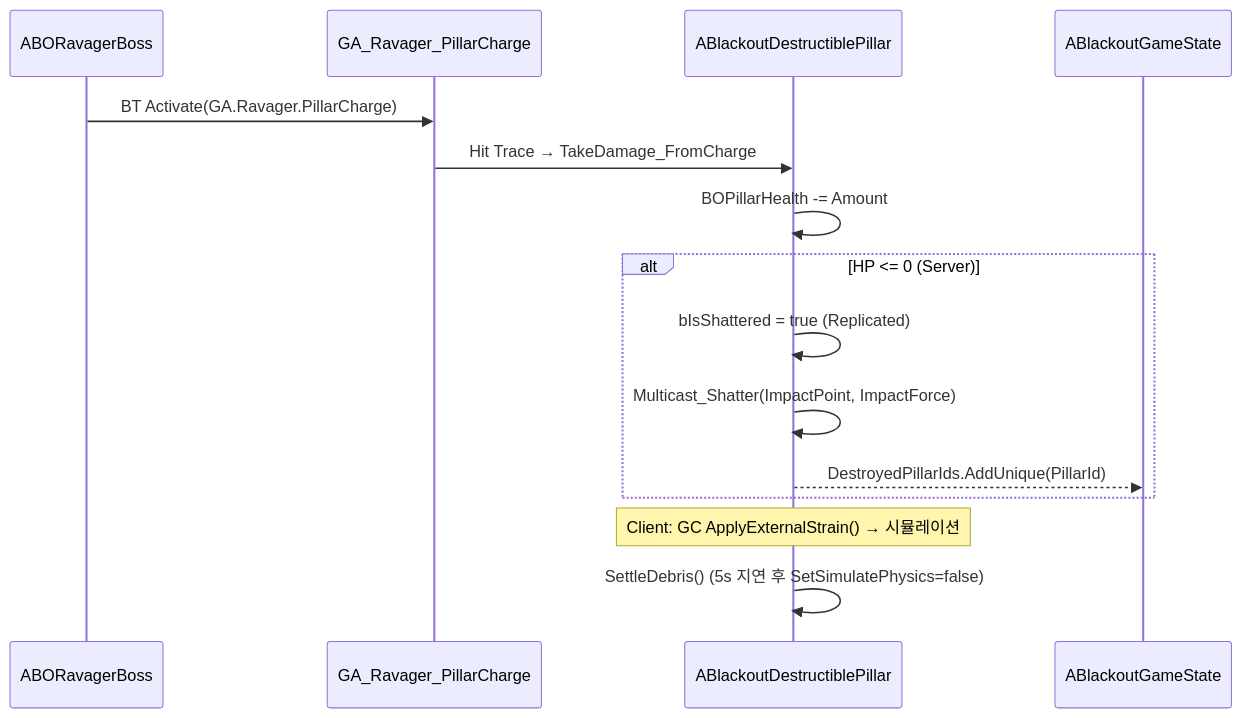
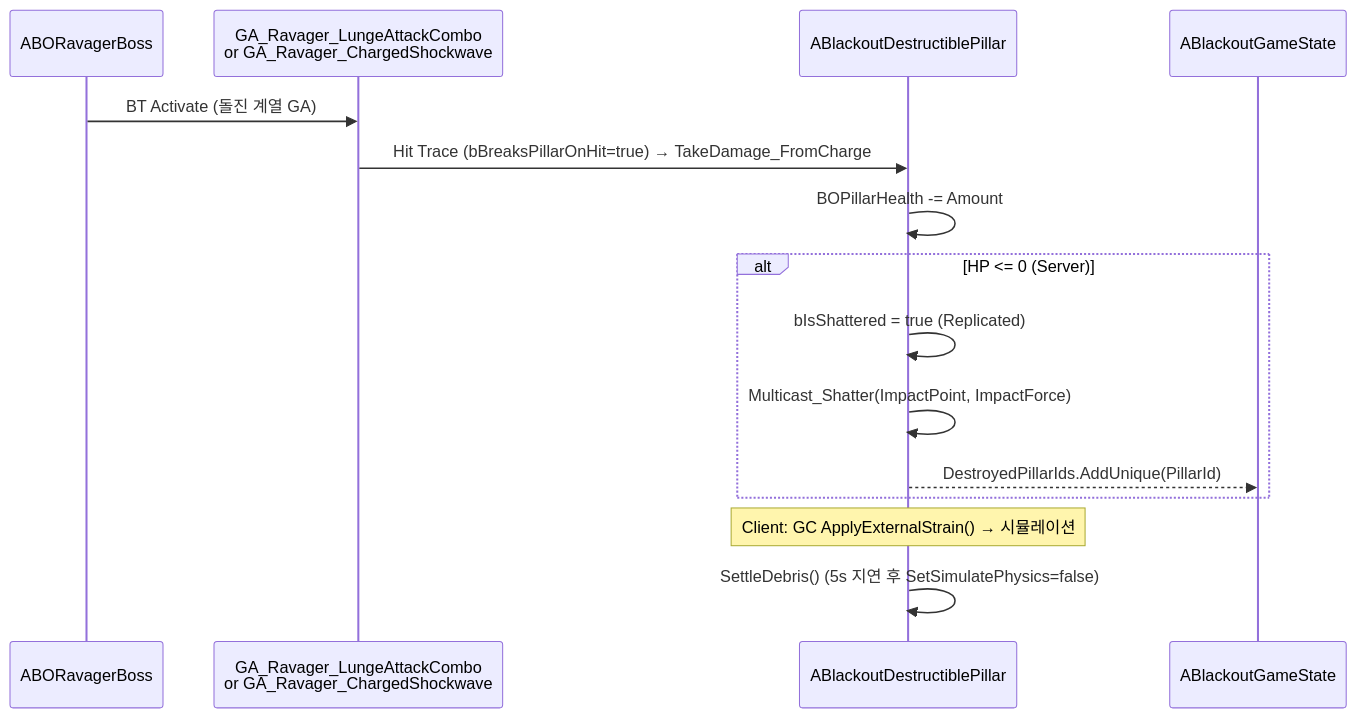
The second of 2 diagrams in Docs/AI_Boss/05_Destructible_Pillar.md (seongwon1579/ProjectBlackout), drawn with Mermaid before and after one commit. The commit also changed other lines of this file and 10 other files, not shown here.

First line of the commit message:
Docs: GDD 개정 및 AI/Boss 기술 설계서, 클래스 다이어그램 수정

````diff
--- a/Docs/AI_Boss/05_Destructible_Pillar.md
+++ b/Docs/AI_Boss/05_Destructible_Pillar.md
@@ -44,18 +46,18 @@
 ```mermaid
 sequenceDiagram
     participant Ravager as ABORavagerBoss
-    participant GA as GA_Ravager_PillarCharge
+    participant GA as GA_Ravager_LungeAttackCombo<br/>or GA_Ravager_ChargedShockwave
     participant Pillar as ABlackoutDestructiblePillar
     participant GS as ABlackoutGameState
 
-    Ravager->>GA: BT Activate(GA.Ravager.PillarCharge)
-    GA->>Pillar: Hit Trace → TakeDamage_FromCharge
+    Ravager->>GA: BT Activate (돌진 계열 GA)
+    GA->>Pillar: Hit Trace (bBreaksPillarOnHit=true) → TakeDamage_FromCharge
     Pillar->>Pillar: BOPillarHealth -= Amount
     alt HP <= 0 (Server)
         Pillar->>Pillar: bIsShattered = true (Replicated)
         Pillar->>Pillar: Multicast_Shatter(ImpactPoint, ImpactForce)
         Pillar-->>GS: DestroyedPillarIds.AddUnique(PillarId)
     end
     Note over Pillar: Client: GC ApplyExternalStrain() → 시뮬레이션
     Pillar->>Pillar: SettleDebris() (5s 지연 후 SetSimulatePhysics=false)
 ```
````
